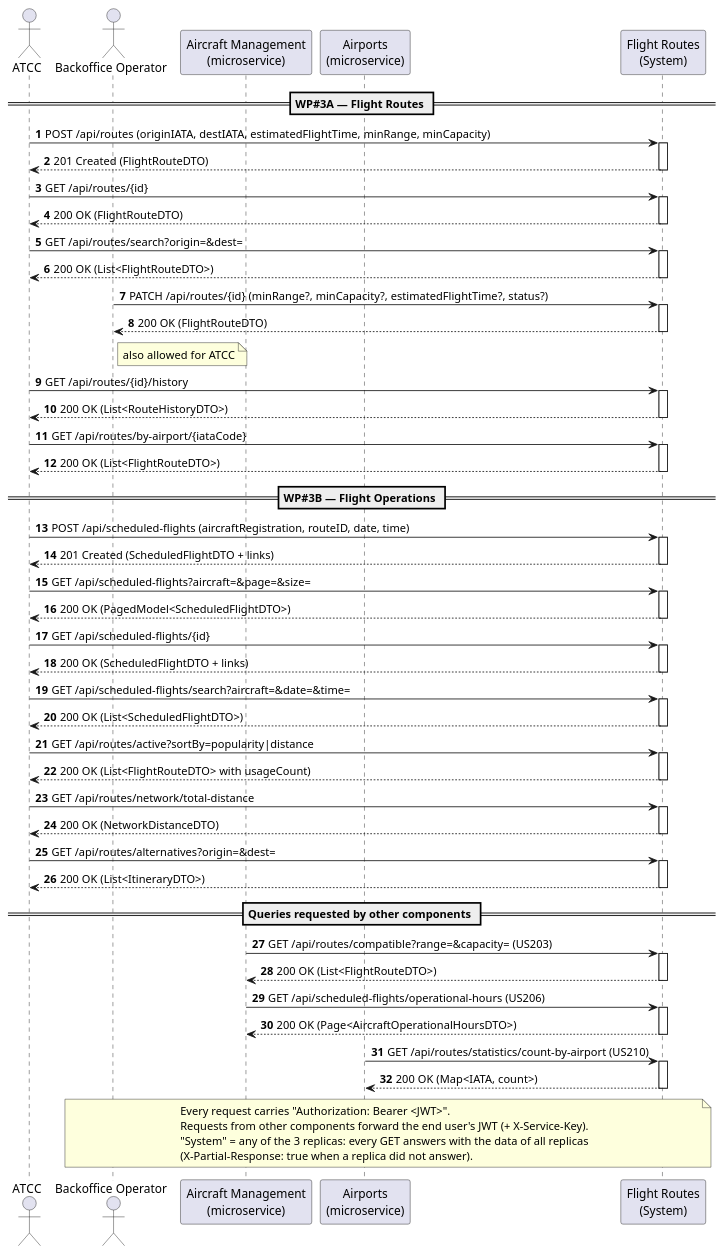
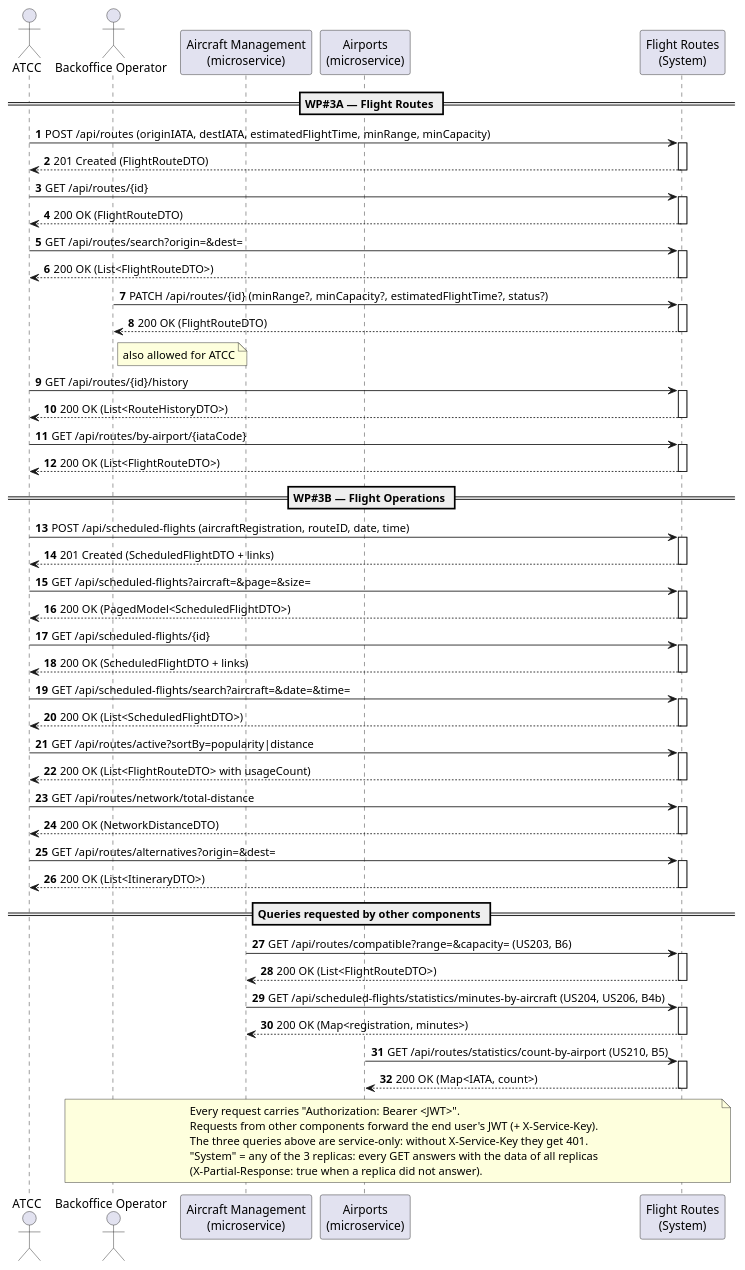
Before and after one commit to caetanotiago/Project_SIDIS: the diagram in docs/5-scenarios/flightroutes/puml/FlightRoutes-SSD.puml, drawn with PlantUML. The commit also changed 24 other files, not shown here.

```diff
--- a/docs/5-scenarios/flightroutes/puml/FlightRoutes-SSD.puml
+++ b/docs/5-scenarios/flightroutes/puml/FlightRoutes-SSD.puml
@@ -1,102 +1,103 @@
 @startuml FlightRoutes-SSD
 autonumber
 actor "ATCC" as ATCC
 actor "Backoffice Operator" as BO
 participant "Aircraft Management\n(microservice)" as AM
 participant "Airports\n(microservice)" as AP
 participant "Flight Routes\n(System)" as SYS
 
 == WP#3A — Flight Routes ==
 
 ATCC -> SYS : POST /api/routes (originIATA, destIATA, estimatedFlightTime, minRange, minCapacity)
 activate SYS
 SYS --> ATCC : 201 Created (FlightRouteDTO)
 deactivate SYS
 
 ATCC -> SYS : GET /api/routes/{id}
 activate SYS
 SYS --> ATCC : 200 OK (FlightRouteDTO)
 deactivate SYS
 
 ATCC -> SYS : GET /api/routes/search?origin=&dest=
 activate SYS
 SYS --> ATCC : 200 OK (List<FlightRouteDTO>)
 deactivate SYS
 
 BO -> SYS : PATCH /api/routes/{id} (minRange?, minCapacity?, estimatedFlightTime?, status?)
 activate SYS
 SYS --> BO : 200 OK (FlightRouteDTO)
 deactivate SYS
 note right of BO : also allowed for ATCC
 
 ATCC -> SYS : GET /api/routes/{id}/history
 activate SYS
 SYS --> ATCC : 200 OK (List<RouteHistoryDTO>)
 deactivate SYS
 
 ATCC -> SYS : GET /api/routes/by-airport/{iataCode}
 activate SYS
 SYS --> ATCC : 200 OK (List<FlightRouteDTO>)
 deactivate SYS
 
 == WP#3B — Flight Operations ==
 
 ATCC -> SYS : POST /api/scheduled-flights (aircraftRegistration, routeID, date, time)
 activate SYS
 SYS --> ATCC : 201 Created (ScheduledFlightDTO + links)
 deactivate SYS
 
 ATCC -> SYS : GET /api/scheduled-flights?aircraft=&page=&size=
 activate SYS
 SYS --> ATCC : 200 OK (PagedModel<ScheduledFlightDTO>)
 deactivate SYS
 
 ATCC -> SYS : GET /api/scheduled-flights/{id}
 activate SYS
 SYS --> ATCC : 200 OK (ScheduledFlightDTO + links)
 deactivate SYS
 
 ATCC -> SYS : GET /api/scheduled-flights/search?aircraft=&date=&time=
 activate SYS
 SYS --> ATCC : 200 OK (List<ScheduledFlightDTO>)
 deactivate SYS
 
 ATCC -> SYS : GET /api/routes/active?sortBy=popularity|distance
 activate SYS
 SYS --> ATCC : 200 OK (List<FlightRouteDTO> with usageCount)
 deactivate SYS
 
 ATCC -> SYS : GET /api/routes/network/total-distance
 activate SYS
 SYS --> ATCC : 200 OK (NetworkDistanceDTO)
 deactivate SYS
 
 ATCC -> SYS : GET /api/routes/alternatives?origin=&dest=
 activate SYS
 SYS --> ATCC : 200 OK (List<ItineraryDTO>)
 deactivate SYS
 
 == Queries requested by other components ==
 
-AM -> SYS : GET /api/routes/compatible?range=&capacity= (US203)
+AM -> SYS : GET /api/routes/compatible?range=&capacity= (US203, B6)
 activate SYS
 SYS --> AM : 200 OK (List<FlightRouteDTO>)
 deactivate SYS
 
-AM -> SYS : GET /api/scheduled-flights/operational-hours (US206)
+AM -> SYS : GET /api/scheduled-flights/statistics/minutes-by-aircraft (US204, US206, B4b)
 activate SYS
-SYS --> AM : 200 OK (Page<AircraftOperationalHoursDTO>)
+SYS --> AM : 200 OK (Map<registration, minutes>)
 deactivate SYS
 
-AP -> SYS : GET /api/routes/statistics/count-by-airport (US210)
+AP -> SYS : GET /api/routes/statistics/count-by-airport (US210, B5)
 activate SYS
 SYS --> AP : 200 OK (Map<IATA, count>)
 deactivate SYS
 
 note over BO, SYS
   Every request carries "Authorization: Bearer <JWT>".
   Requests from other components forward the end user's JWT (+ X-Service-Key).
+  The three queries above are service-only: without X-Service-Key they get 401.
   "System" = any of the 3 replicas: every GET answers with the data of all replicas
   (X-Partial-Response: true when a replica did not answer).
 end note
 @enduml
```
